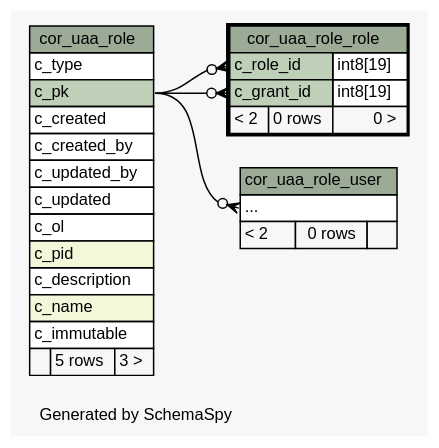
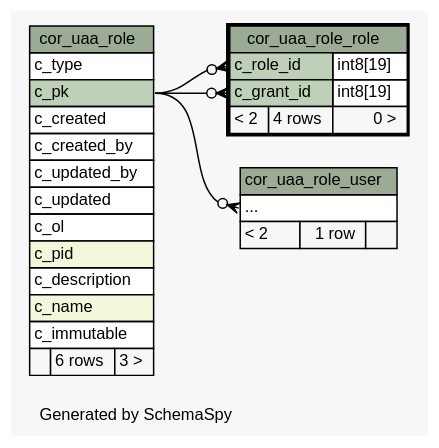
The diagram in 2.0.0-SNAPSHOT/schemaspy/diagrams/cor_uaa_role_role.2degrees.dot (openwms/org.openwms.core.uaa.lib), drawn with Graphviz before and after one commit. The commit also changed 226 other files, not shown here.

```diff
--- a/2.0.0-SNAPSHOT/schemaspy/diagrams/cor_uaa_role_role.2degrees.dot
+++ b/2.0.0-SNAPSHOT/schemaspy/diagrams/cor_uaa_role_role.2degrees.dot
@@ -1,66 +1,66 @@
 // dot 2.43.0 on Linux 6.2.0-1018-azure
 // SchemaSpy rev Unknown
 digraph "twoDegreesRelationshipsDiagram" {
   graph [
     rankdir="RL"
     bgcolor="#f7f7f7"
     label="\nGenerated by SchemaSpy"
     labeljust="l"
     nodesep="0.18"
     ranksep="0.46"
     fontname="Helvetica"
     fontsize="11"
   ];
   node [
     fontname="Helvetica"
     fontsize="11"
     shape="plaintext"
   ];
   edge [
     arrowsize="0.8"
   ];
   "cor_uaa_role_role":"c_grant_id":w -> "cor_uaa_role":"c_pk":e [arrowhead=none dir=back arrowtail=crowodot];
   "cor_uaa_role_role":"c_role_id":w -> "cor_uaa_role":"c_pk":e [arrowhead=none dir=back arrowtail=crowodot];
   "cor_uaa_role_user":"elipses":w -> "cor_uaa_role":"c_pk":e [arrowhead=none dir=back arrowtail=crowodot];
   "cor_uaa_role" [
     label=<
     <TABLE BORDER="0" CELLBORDER="1" CELLSPACING="0" BGCOLOR="#ffffff">
       <TR><TD COLSPAN="3" BGCOLOR="#9bab96" ALIGN="CENTER">cor_uaa_role</TD></TR>
       <TR><TD PORT="c_type" COLSPAN="3" ALIGN="LEFT">c_type</TD></TR>
       <TR><TD PORT="c_pk" COLSPAN="3" BGCOLOR="#bed1b8" ALIGN="LEFT">c_pk</TD></TR>
       <TR><TD PORT="c_created" COLSPAN="3" ALIGN="LEFT">c_created</TD></TR>
       <TR><TD PORT="c_created_by" COLSPAN="3" ALIGN="LEFT">c_created_by</TD></TR>
       <TR><TD PORT="c_updated_by" COLSPAN="3" ALIGN="LEFT">c_updated_by</TD></TR>
       <TR><TD PORT="c_updated" COLSPAN="3" ALIGN="LEFT">c_updated</TD></TR>
       <TR><TD PORT="c_ol" COLSPAN="3" ALIGN="LEFT">c_ol</TD></TR>
       <TR><TD PORT="c_pid" COLSPAN="3" BGCOLOR="#f4f7da" ALIGN="LEFT">c_pid</TD></TR>
       <TR><TD PORT="c_description" COLSPAN="3" ALIGN="LEFT">c_description</TD></TR>
       <TR><TD PORT="c_name" COLSPAN="3" BGCOLOR="#f4f7da" ALIGN="LEFT">c_name</TD></TR>
       <TR><TD PORT="c_immutable" COLSPAN="3" ALIGN="LEFT">c_immutable</TD></TR>
-      <TR><TD ALIGN="LEFT" BGCOLOR="#f7f7f7">  </TD><TD ALIGN="RIGHT" BGCOLOR="#f7f7f7">5 rows</TD><TD ALIGN="RIGHT" BGCOLOR="#f7f7f7">3 &gt;</TD></TR>
+      <TR><TD ALIGN="LEFT" BGCOLOR="#f7f7f7">  </TD><TD ALIGN="RIGHT" BGCOLOR="#f7f7f7">6 rows</TD><TD ALIGN="RIGHT" BGCOLOR="#f7f7f7">3 &gt;</TD></TR>
     </TABLE>>
     URL="cor_uaa_role.html"
     tooltip="cor_uaa_role"
   ];
   "cor_uaa_role_role" [
     label=<
     <TABLE BORDER="2" CELLBORDER="1" CELLSPACING="0" BGCOLOR="#ffffff">
       <TR><TD COLSPAN="3" BGCOLOR="#9bab96" ALIGN="CENTER">cor_uaa_role_role</TD></TR>
       <TR><TD PORT="c_role_id" COLSPAN="2" BGCOLOR="#bed1b8" ALIGN="LEFT">c_role_id</TD><TD PORT="c_role_id.type" ALIGN="LEFT">int8[19]</TD></TR>
       <TR><TD PORT="c_grant_id" COLSPAN="2" BGCOLOR="#bed1b8" ALIGN="LEFT">c_grant_id</TD><TD PORT="c_grant_id.type" ALIGN="LEFT">int8[19]</TD></TR>
-      <TR><TD ALIGN="LEFT" BGCOLOR="#f7f7f7">&lt; 2</TD><TD ALIGN="RIGHT" BGCOLOR="#f7f7f7">0 rows</TD><TD ALIGN="RIGHT" BGCOLOR="#f7f7f7">0 &gt;</TD></TR>
+      <TR><TD ALIGN="LEFT" BGCOLOR="#f7f7f7">&lt; 2</TD><TD ALIGN="RIGHT" BGCOLOR="#f7f7f7">4 rows</TD><TD ALIGN="RIGHT" BGCOLOR="#f7f7f7">0 &gt;</TD></TR>
     </TABLE>>
     URL="cor_uaa_role_role.html"
     tooltip="cor_uaa_role_role"
   ];
   "cor_uaa_role_user" [
     label=<
     <TABLE BORDER="0" CELLBORDER="1" CELLSPACING="0" BGCOLOR="#ffffff">
       <TR><TD COLSPAN="3" BGCOLOR="#9bab96" ALIGN="CENTER">cor_uaa_role_user</TD></TR>
       <TR><TD PORT="elipses" COLSPAN="3" ALIGN="LEFT">...</TD></TR>
-      <TR><TD ALIGN="LEFT" BGCOLOR="#f7f7f7">&lt; 2</TD><TD ALIGN="RIGHT" BGCOLOR="#f7f7f7">0 rows</TD><TD ALIGN="RIGHT" BGCOLOR="#f7f7f7">  </TD></TR>
+      <TR><TD ALIGN="LEFT" BGCOLOR="#f7f7f7">&lt; 2</TD><TD ALIGN="RIGHT" BGCOLOR="#f7f7f7">1 row</TD><TD ALIGN="RIGHT" BGCOLOR="#f7f7f7">  </TD></TR>
     </TABLE>>
     URL="cor_uaa_role_user.html"
     tooltip="cor_uaa_role_user"
   ];
 }
```
